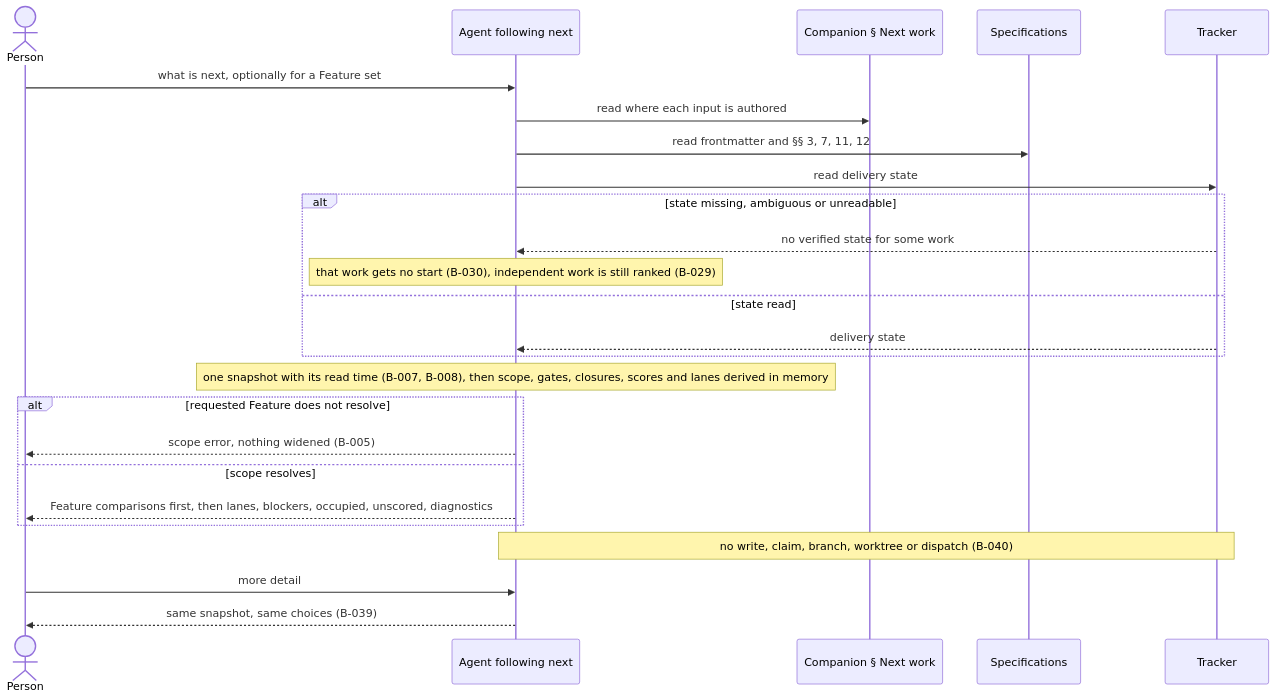
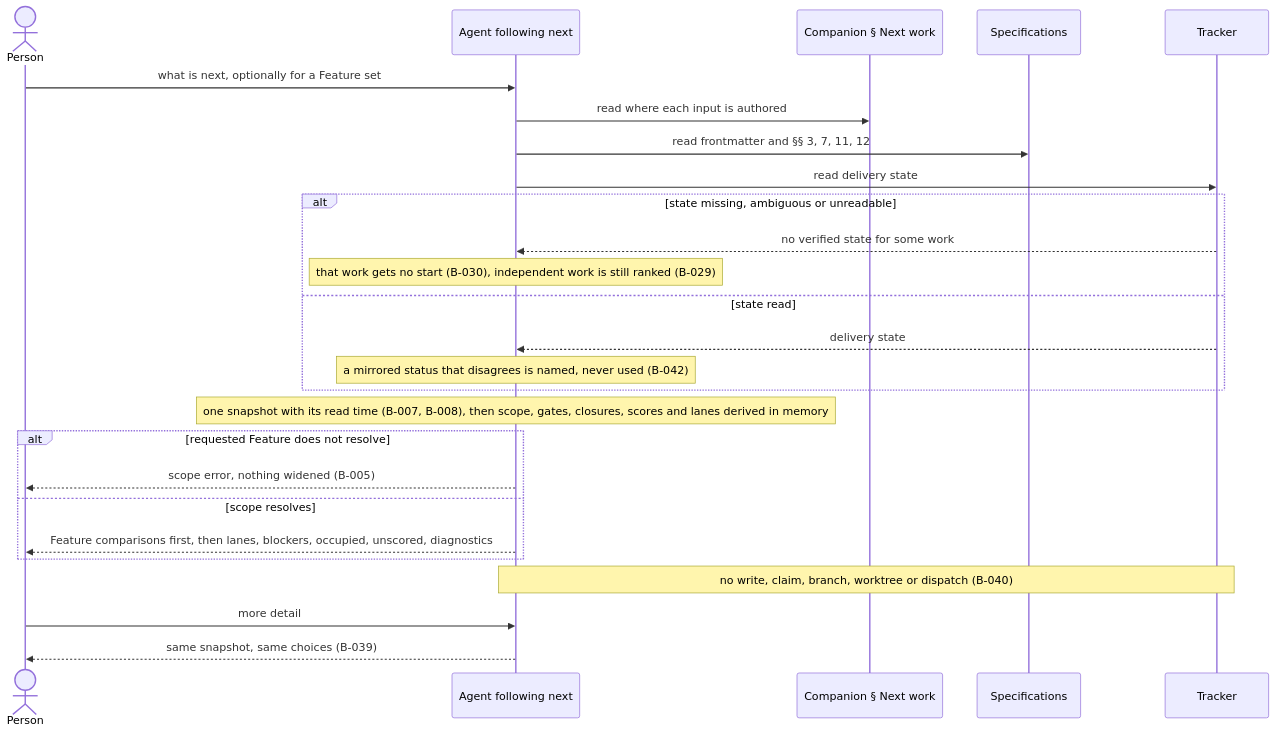
Before and after one commit to RLittlesII/agents: the second of 3 diagrams in skills/next/.spec/README.md, drawn with Mermaid. The commit also changed other lines of this file and 17 other files, not shown here.

````diff
--- a/skills/next/.spec/README.md
+++ b/skills/next/.spec/README.md
@@ -270,27 +318,28 @@
 ```mermaid
 sequenceDiagram
     actor Person
     participant Agent as Agent following next
     participant Companion as Companion § Next work
     participant Specs as Specifications
     participant Tracker
     Person->>Agent: what is next, optionally for a Feature set
     Agent->>Companion: read where each input is authored
     Agent->>Specs: read frontmatter and §§ 3, 7, 11, 12
     Agent->>Tracker: read delivery state
     alt state missing, ambiguous or unreadable
         Tracker-->>Agent: no verified state for some work
         Note over Agent: that work gets no start (B-030), independent work is still ranked (B-029)
     else state read
         Tracker-->>Agent: delivery state
+        Note over Agent: a mirrored status that disagrees is named, never used (B-042)
     end
     Note over Agent: one snapshot with its read time (B-007, B-008), then scope, gates, closures, scores and lanes derived in memory
     alt requested Feature does not resolve
         Agent-->>Person: scope error, nothing widened (B-005)
     else scope resolves
         Agent-->>Person: Feature comparisons first, then lanes, blockers, occupied, unscored, diagnostics
     end
     Note over Agent,Tracker: no write, claim, branch, worktree or dispatch (B-040)
     Person->>Agent: more detail
     Agent-->>Person: same snapshot, same choices (B-039)
 ```
````
